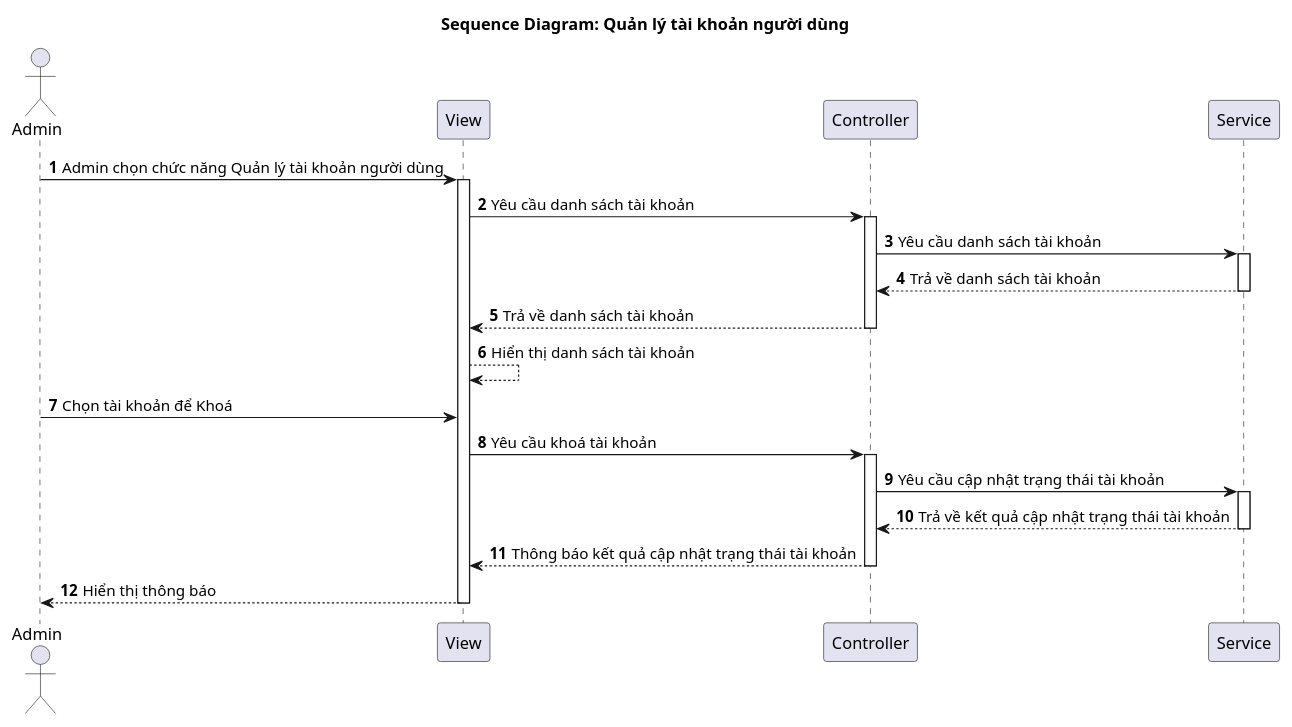
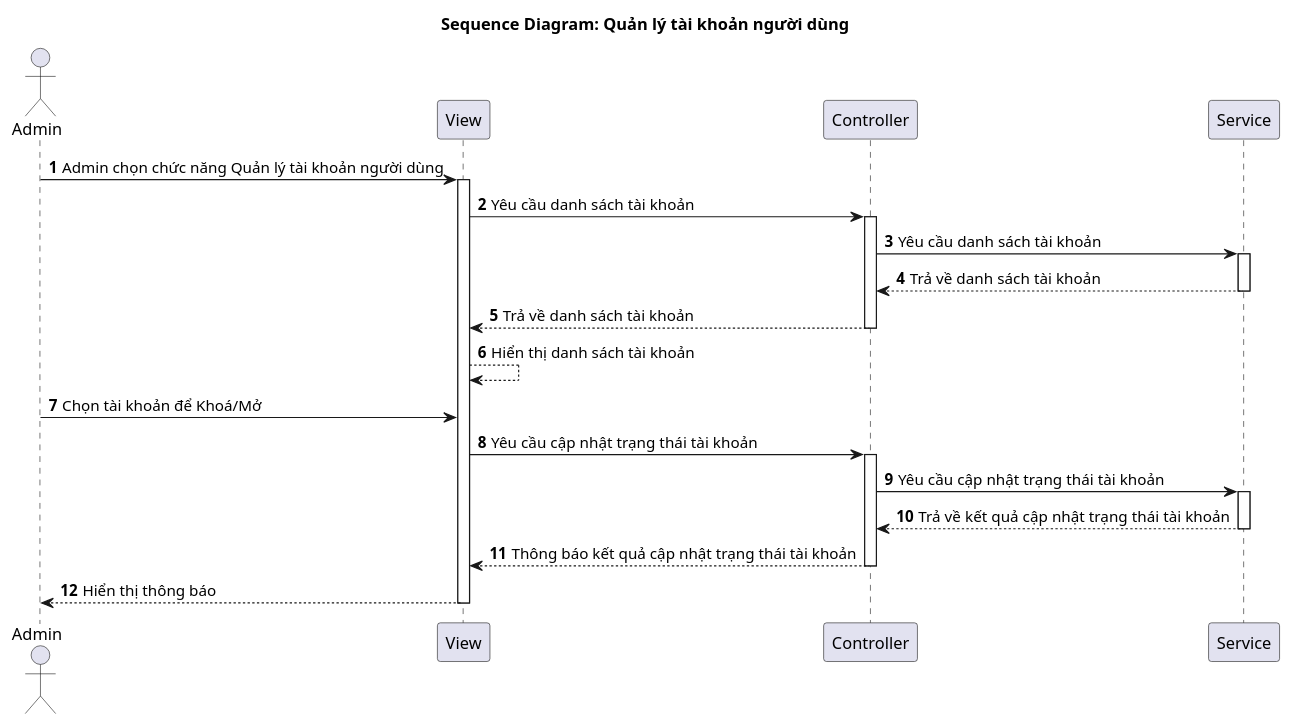
Before and after one commit to vinh047/soundwave: the diagram in Diagrams/SequenceDiagram/ManageAccountSD.plantuml, drawn with PlantUML. The commit also changed 7 other files, not shown here.

```diff
--- a/Diagrams/SequenceDiagram/ManageAccountSD.plantuml
+++ b/Diagrams/SequenceDiagram/ManageAccountSD.plantuml
@@ -1,35 +1,35 @@
 @startuml SD
 
 actor "Admin" as Admin
 participant "View" as View
 participant "Controller" as Controller
 participant "Service" as Service
 
 title Sequence Diagram: Quản lý tài khoản người dùng
 
 autonumber
 
 Admin -> View: Admin chọn chức năng Quản lý tài khoản người dùng
 activate View
 View -> Controller: Yêu cầu danh sách tài khoản
 activate Controller
 Controller -> Service: Yêu cầu danh sách tài khoản
 activate Service
 Service --> Controller: Trả về danh sách tài khoản
 deactivate Service
 Controller --> View: Trả về danh sách tài khoản
 deactivate Controller
 View --> View: Hiển thị danh sách tài khoản
 
-Admin -> View: Chọn tài khoản để Khoá
-View -> Controller: Yêu cầu khoá tài khoản
+Admin -> View: Chọn tài khoản để Khoá/Mở
+View -> Controller: Yêu cầu cập nhật trạng thái tài khoản
 activate Controller
 Controller -> Service: Yêu cầu cập nhật trạng thái tài khoản
 activate Service
 Service --> Controller: Trả về kết quả cập nhật trạng thái tài khoản
 deactivate Service
 Controller --> View: Thông báo kết quả cập nhật trạng thái tài khoản
 deactivate Controller
 View --> Admin: Hiển thị thông báo
 deactivate View
 @enduml
```
